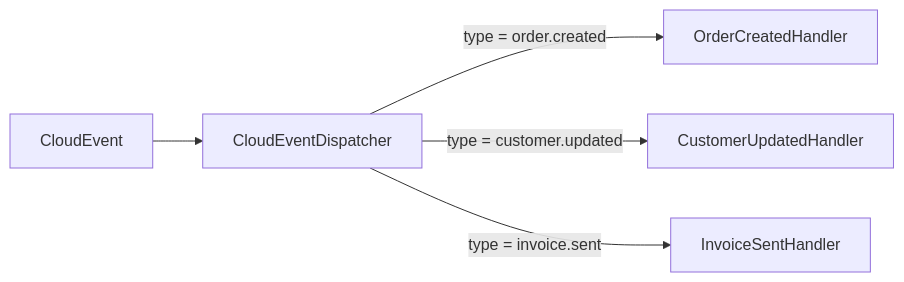
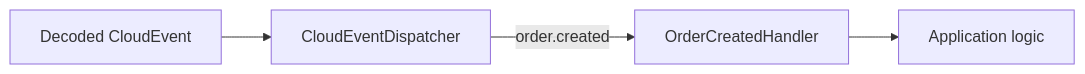
Before and after one commit to integrio-intropy/intropy-framework: the diagram in docs/event-dispatcher/event-dispatcher.md, drawn with Mermaid. The commit also changed other lines of this file and 23 other files, not shown here.

````diff
--- a/docs/event-dispatcher/event-dispatcher.md
+++ b/docs/event-dispatcher/event-dispatcher.md
@@ -13,7 +15,6 @@
 ```mermaid
 flowchart LR
-    CE[CloudEvent] --> D[CloudEventDispatcher]
-    D -->|type = order.created| H1[OrderCreatedHandler]
-    D -->|type = customer.updated| H2[CustomerUpdatedHandler]
-    D -->|type = invoice.sent| H3[InvoiceSentHandler]
+    CE[Decoded CloudEvent] --> D[CloudEventDispatcher]
+    D -->|order.created| H[OrderCreatedHandler]
+    H --> A[Application logic]
 ```
````
